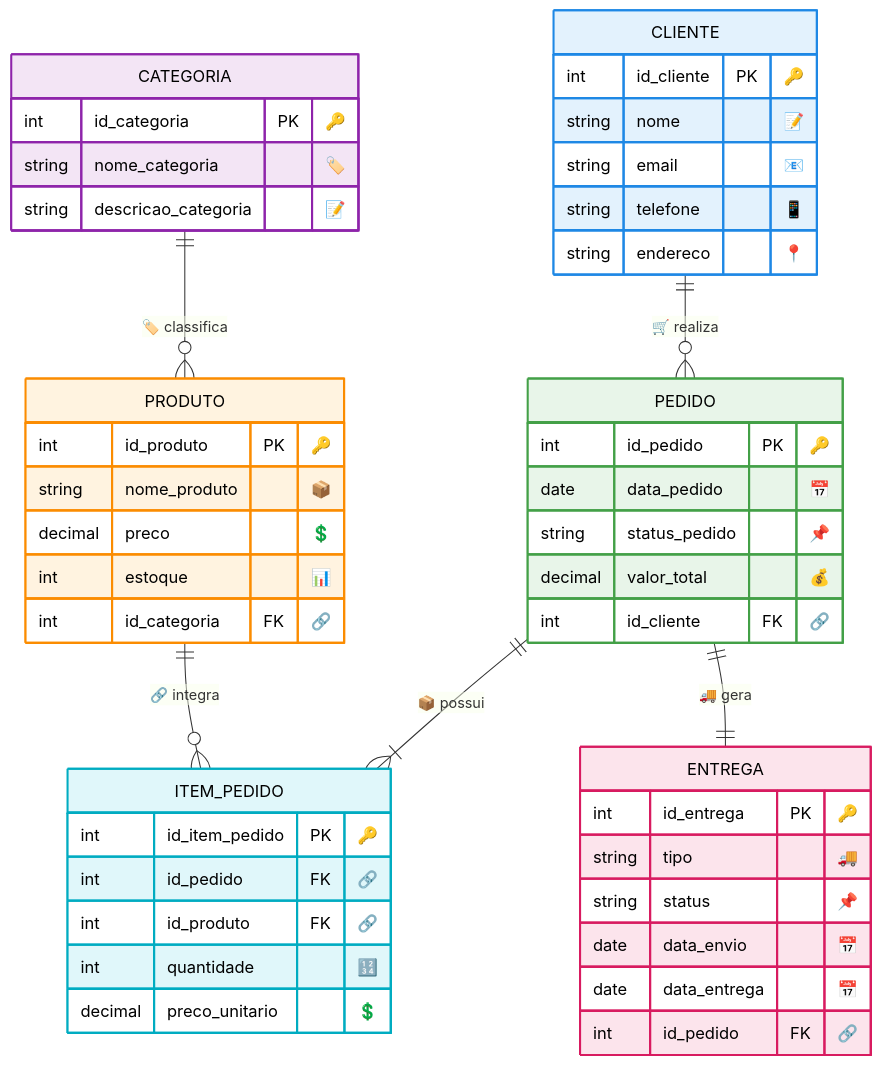
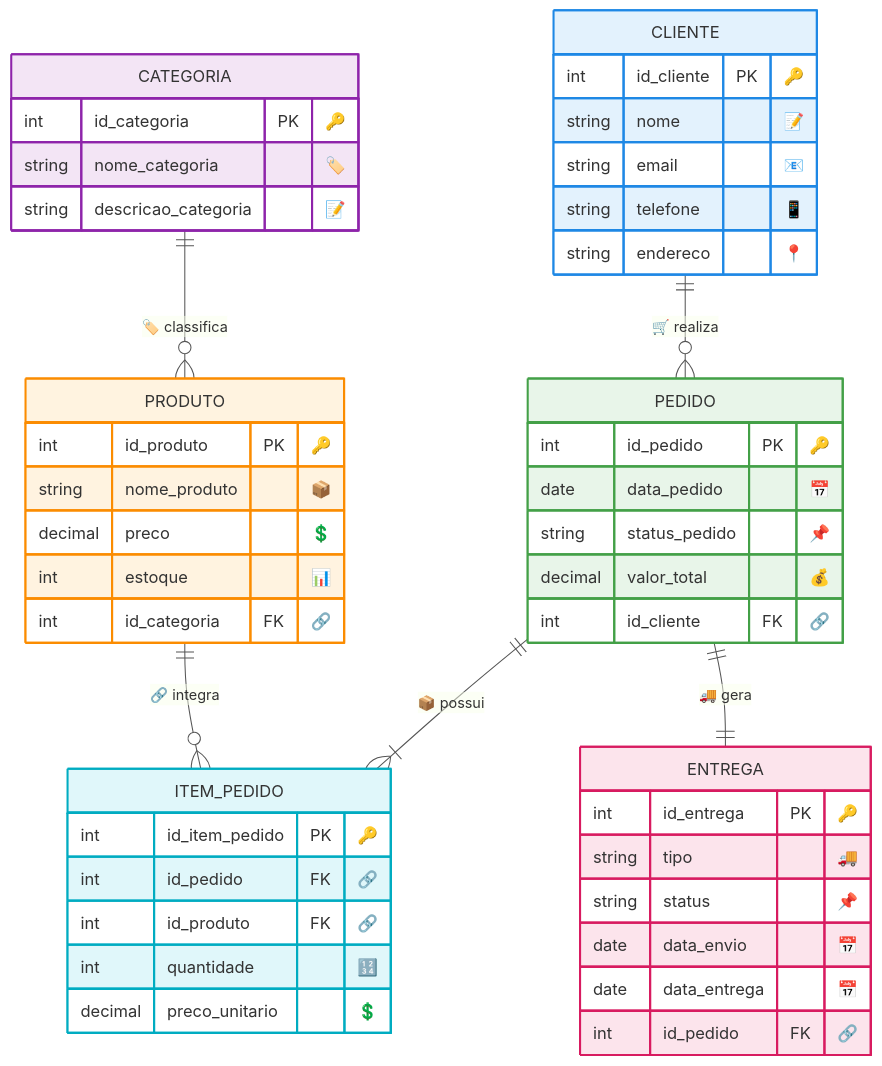
One commit to teresathompson/ModelagemDados changed the diagram in PraticaAula5ModelagemDados.md. Above: the diagram before and after it, drawn with Mermaid. The commit also changed other lines of this file, not shown here.

Commit message:
Refatorar a formatação do diagrama ER e remover estilos de texto desnecessários

````diff
--- a/PraticaAula5ModelagemDados.md
+++ b/PraticaAula5ModelagemDados.md
@@ -3,64 +1,73 @@
 ```mermaid
+%%{init: {
+  "theme": "default",
+  "themeVariables": {
+    "background": "#ffffff",
+    "primaryTextColor": "#000000",
+    "secondaryTextColor": "#000000",
+    "primaryBorderColor": "#333333",
+    "lineColor": "#555555"
+  }
+}}%%
 erDiagram
 
     CLIENTE {
         int id_cliente PK "🔑"
         string nome "📝"
         string email "📧"
         string telefone "📱"
         string endereco "📍"
     }
 
     PEDIDO {
         int id_pedido PK "🔑"
         date data_pedido "📅"
         string status_pedido "📌"
         decimal valor_total "💰"
         int id_cliente FK "🔗"
     }
 
     PRODUTO {
         int id_produto PK "🔑"
         string nome_produto "📦"
         decimal preco "💲"
         int estoque "📊"
         int id_categoria FK "🔗"
     }
 
     CATEGORIA {
         int id_categoria PK "🔑"
         string nome_categoria "🏷️"
         string descricao_categoria "📝"
     }
 
     ITEM_PEDIDO {
         int id_item_pedido PK "🔑"
         int id_pedido FK "🔗"
         int id_produto FK "🔗"
         int quantidade "🔢"
         decimal preco_unitario "💲"
     }
 
     ENTREGA {
         int id_entrega PK "🔑"
         string tipo "🚚"
         string status "📌"
         date data_envio "📅"
         date data_entrega "📅"
         int id_pedido FK "🔗"
     }
 
     CLIENTE ||--o{ PEDIDO : "🛒 realiza"
     PEDIDO ||--|{ ITEM_PEDIDO : "📦 possui"
     PRODUTO ||--o{ ITEM_PEDIDO : "🔗 integra"
     CATEGORIA ||--o{ PRODUTO : "🏷️ classifica"
     PEDIDO ||--|| ENTREGA : "🚚 gera"
 
-%% ===================== CORES + TEXTO PRETO =====================
-    style CLIENTE fill:#E3F2FD,stroke:#1E88E5,stroke-width:2px,color:#000
-    style PEDIDO fill:#E8F5E9,stroke:#43A047,stroke-width:2px,color:#000
-    style PRODUTO fill:#FFF3E0,stroke:#FB8C00,stroke-width:2px,color:#000
-    style CATEGORIA fill:#F3E5F5,stroke:#8E24AA,stroke-width:2px,color:#000
-    style ITEM_PEDIDO fill:#E0F7FA,stroke:#00ACC1,stroke-width:2px,color:#000
-    style ENTREGA fill:#FCE4EC,stroke:#D81B60,stroke-width:2px,color:#000
+    style CLIENTE fill:#E3F2FD,stroke:#1E88E5,stroke-width:2px
+    style PEDIDO fill:#E8F5E9,stroke:#43A047,stroke-width:2px
+    style PRODUTO fill:#FFF3E0,stroke:#FB8C00,stroke-width:2px
+    style CATEGORIA fill:#F3E5F5,stroke:#8E24AA,stroke-width:2px
+    style ITEM_PEDIDO fill:#E0F7FA,stroke:#00ACC1,stroke-width:2px
+    style ENTREGA fill:#FCE4EC,stroke:#D81B60,stroke-width:2px
 ```
````
